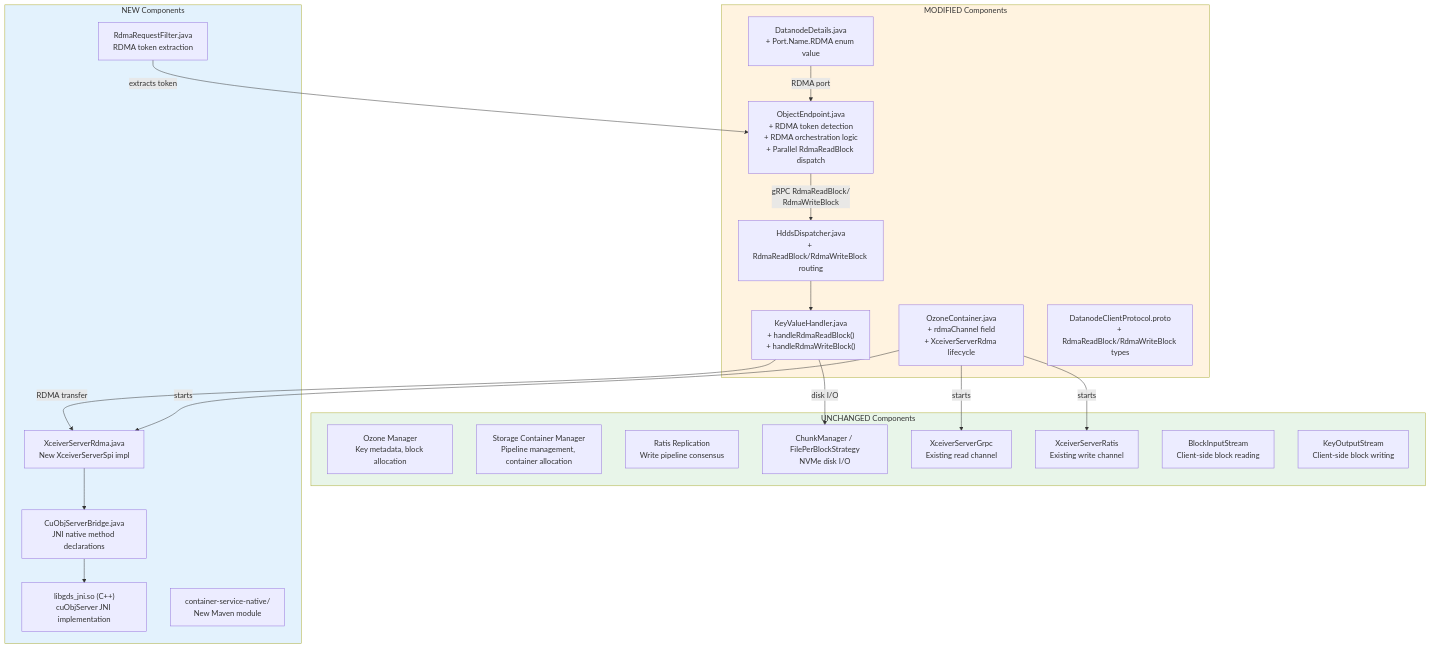
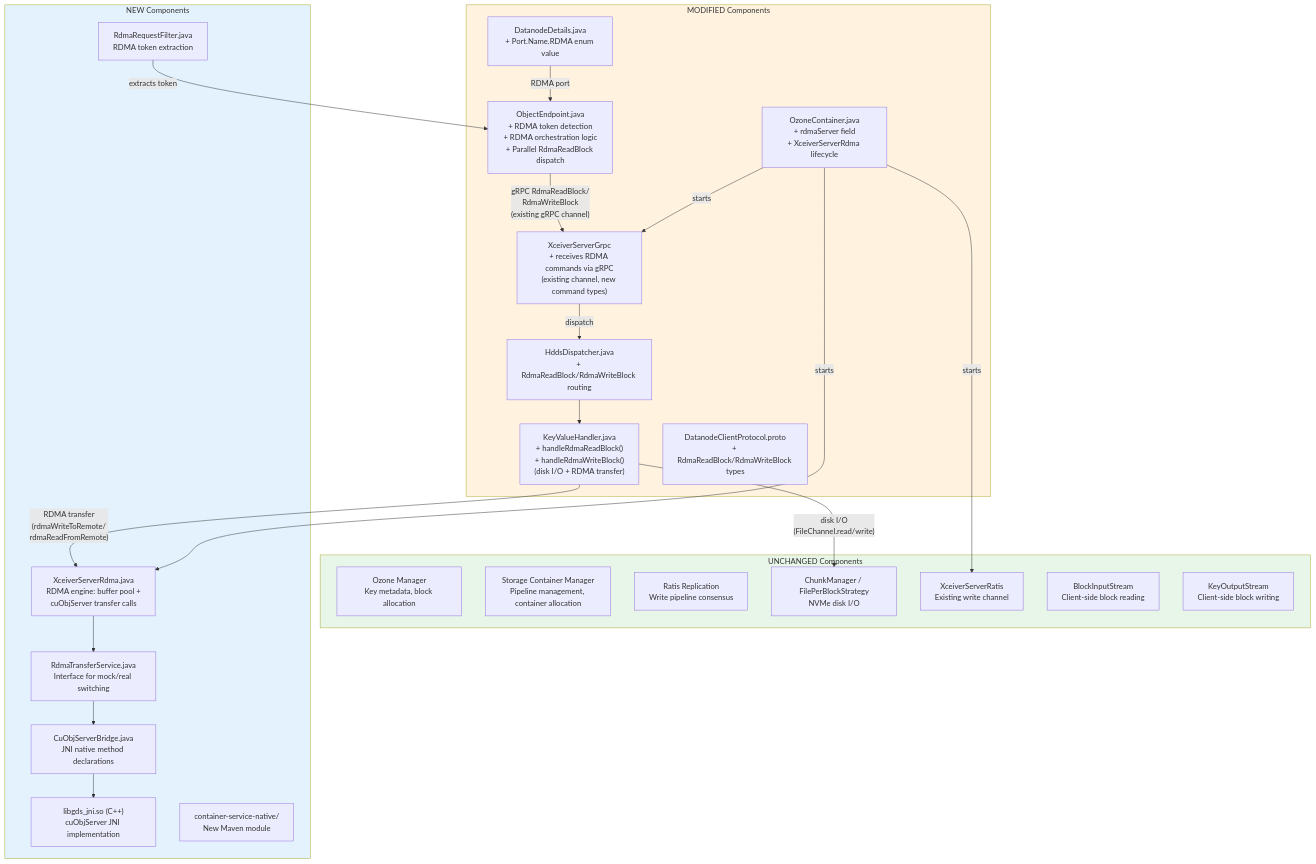
Before and after one commit to ptlrs/ozone: the seventh of 18 diagrams in docs/gds-dn-direct-rdma-implementation-spec.md, drawn with Mermaid. The commit also changed other lines of this file, not shown here.

Commit message:
GPUDirect. Update GPUDirect Storage spec to version 2.0 with enhanced RDMA path details. This removed all hallucinated APIs

````diff
--- a/docs/gds-dn-direct-rdma-implementation-spec.md
+++ b/docs/gds-dn-direct-rdma-implementation-spec.md
@@ -360,44 +368,46 @@
 ```mermaid
 flowchart TB
   subgraph Unchanged["UNCHANGED Components"]
     style Unchanged fill: #e8f5e9
     OM["Ozone Manager<br/>Key metadata, block allocation"]
     SCM["Storage Container Manager<br/>Pipeline management, container allocation"]
     Ratis["Ratis Replication<br/>Write pipeline consensus"]
     CM["ChunkManager / FilePerBlockStrategy<br/>NVMe disk I/O"]
-    GrpcXceiver["XceiverServerGrpc<br/>Existing read channel"]
     RatisXceiver["XceiverServerRatis<br/>Existing write channel"]
     BlockInputStream["BlockInputStream<br/>Client-side block reading"]
     KeyOutputStream["KeyOutputStream<br/>Client-side block writing"]
   end
 
   subgraph Modified["MODIFIED Components"]
     style Modified fill: #fff3e0
     ObjectEndpoint["ObjectEndpoint.java<br/>+ RDMA token detection<br/>+ RDMA orchestration logic<br/>+ Parallel RdmaReadBlock dispatch"]
-    OzoneContainer["OzoneContainer.java<br/>+ rdmaChannel field<br/>+ XceiverServerRdma lifecycle"]
+    OzoneContainer["OzoneContainer.java<br/>+ rdmaServer field<br/>+ XceiverServerRdma lifecycle"]
     HddsDispatcher["HddsDispatcher.java<br/>+ RdmaReadBlock/RdmaWriteBlock routing"]
-    KVHandler["KeyValueHandler.java<br/>+ handleRdmaReadBlock()<br/>+ handleRdmaWriteBlock()"]
+    KVHandler["KeyValueHandler.java<br/>+ handleRdmaReadBlock()<br/>+ handleRdmaWriteBlock()<br/>(disk I/O + RDMA transfer)"]
+    GrpcXceiver["XceiverServerGrpc<br/>+ receives RDMA commands via gRPC<br/>(existing channel, new command types)"]
     DatanodeDetails["DatanodeDetails.java<br/>+ Port.Name.RDMA enum value"]
     Proto["DatanodeClientProtocol.proto<br/>+ RdmaReadBlock/RdmaWriteBlock types"]
   end
 
   subgraph New["NEW Components"]
     style New fill: #e3f2fd
-    XceiverRdma["XceiverServerRdma.java<br/>New XceiverServerSpi impl"]
+    XceiverRdma["XceiverServerRdma.java<br/>RDMA engine: buffer pool +<br/>cuObjServer transfer calls"]
+    RdmaService["RdmaTransferService.java<br/>Interface for mock/real switching"]
     JNIBridge["CuObjServerBridge.java<br/>JNI native method declarations"]
     NativeLib["libgds_jni.so (C++)<br/>cuObjServer JNI implementation"]
     RdmaFilter["RdmaRequestFilter.java<br/>RDMA token extraction"]
     NativeModule["container-service-native/<br/>New Maven module"]
   end
 
-  ObjectEndpoint -->|" gRPC RdmaReadBlock/<br/>RdmaWriteBlock "| HddsDispatcher
+  ObjectEndpoint -->|" gRPC RdmaReadBlock/<br/>RdmaWriteBlock<br/>(existing gRPC channel) "| GrpcXceiver
+  GrpcXceiver -->|" dispatch "| HddsDispatcher
   HddsDispatcher --> KVHandler
-  KVHandler -->|" disk I/O "| CM
-  KVHandler -->|" RDMA transfer "| XceiverRdma
-  XceiverRdma --> JNIBridge --> NativeLib
+  KVHandler -->|" disk I/O<br/>(FileChannel.read/write) "| CM
+  KVHandler -->|" RDMA transfer<br/>(rdmaWriteToRemote/<br/>rdmaReadFromRemote) "| XceiverRdma
+  XceiverRdma --> RdmaService --> JNIBridge --> NativeLib
   OzoneContainer -->|" starts "| XceiverRdma
   OzoneContainer -->|" starts "| GrpcXceiver
   OzoneContainer -->|" starts "| RatisXceiver
   RdmaFilter -->|" extracts token "| ObjectEndpoint
   DatanodeDetails -->|" RDMA port "| ObjectEndpoint
 ```
````
